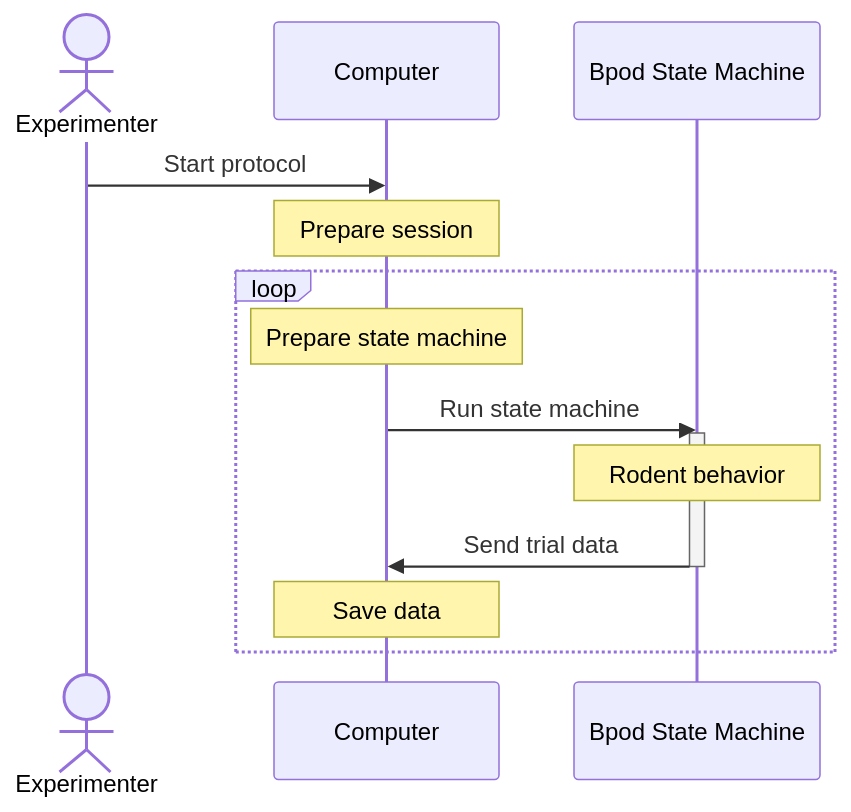
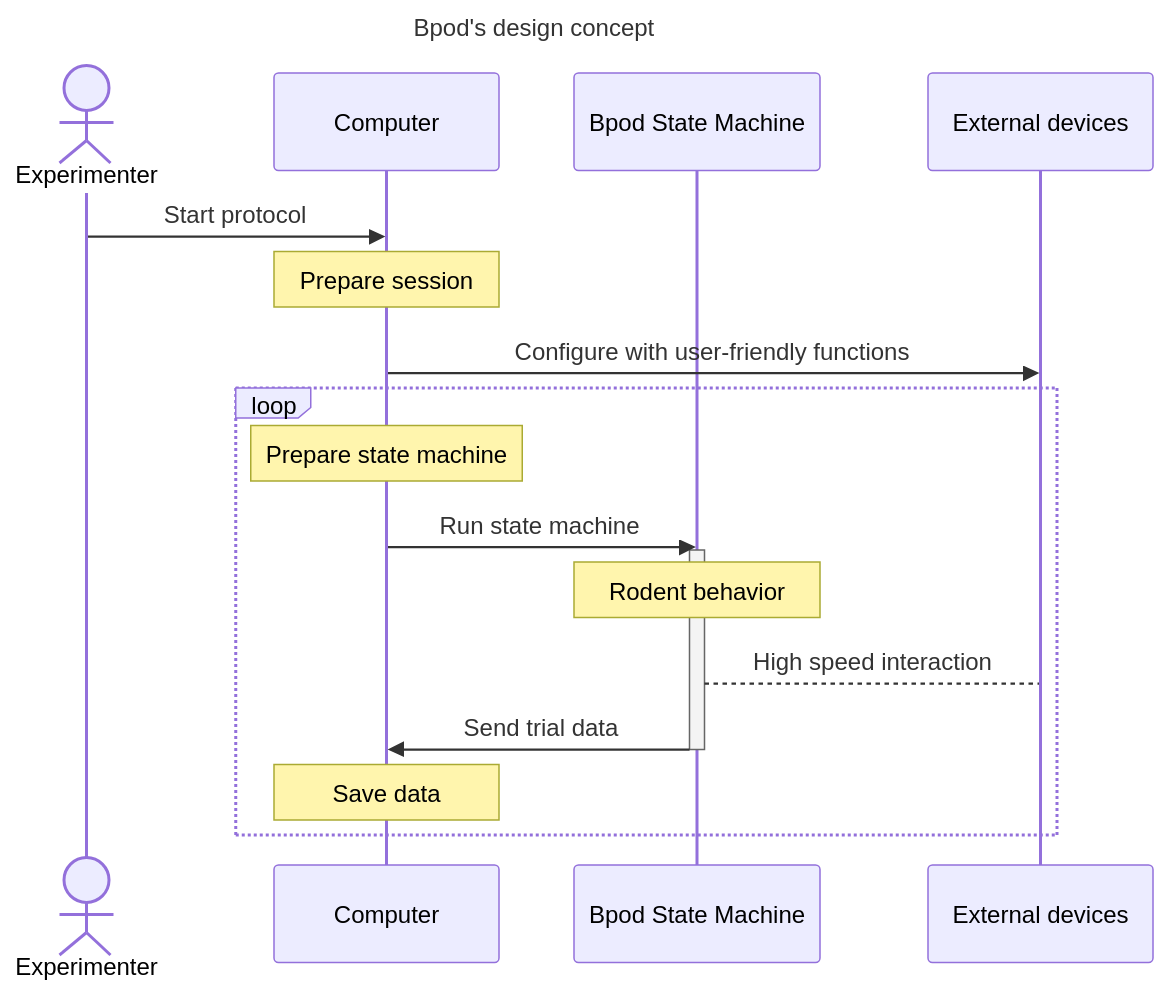
One commit to ogeesan/bpod-docs-testing changed the diagram in readme.md. Above: the diagram before and after it, drawn with Mermaid. The commit also changed other lines of this file and 4 other files, not shown here.

````diff
--- a/readme.md
+++ b/readme.md
@@ -5,19 +37,24 @@
 ```mermaid
+---
+title: Bpod's design concept
+---
 sequenceDiagram
 actor e as Experimenter
 participant matlab as Computer
 participant bpod as Bpod State Machine
+participant external as External devices
 
 e->>matlab: Start protocol
 Note over matlab: Prepare session
+matlab ->> external: Configure with user-friendly functions
 loop
 Note over matlab: Prepare state machine
 matlab ->> bpod: Run state machine
 activate bpod
 Note over bpod: Rodent behavior
+bpod -->external: High speed interaction
 bpod ->> matlab: Send trial data
 deactivate bpod
 Note over matlab: Save data
 end
-
 ```
````
